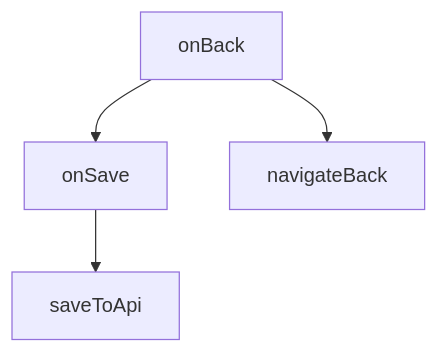
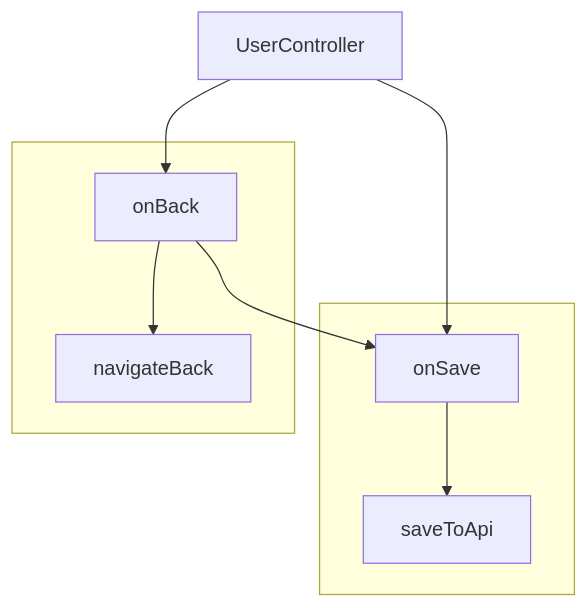
The first of 4 diagrams in source/_drafts/preferring-public-method-isolation.md (benwinding/benw-blog), drawn with Mermaid before and after one commit. The commit also changed other lines of this file, not shown here.

```diff
--- a/source/_drafts/preferring-public-method-isolation.md
+++ b/source/_drafts/preferring-public-method-isolation.md
@@ -28,6 +26,13 @@
 {% mermaid %}
-graph TD;
+flowchart TD;
+    UserController-->onBack;
+    UserController-->onSave;
+    subgraph "  "
     onSave-->saveToApi;
+    %% onBack-->onSave;
+    end
+    subgraph " "
     onBack-->onSave;
     onBack-->navigateBack;
+    end
 {% endmermaid %}
```
